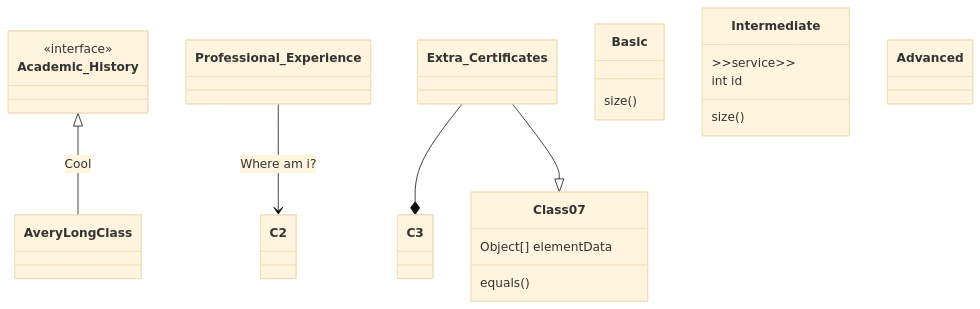
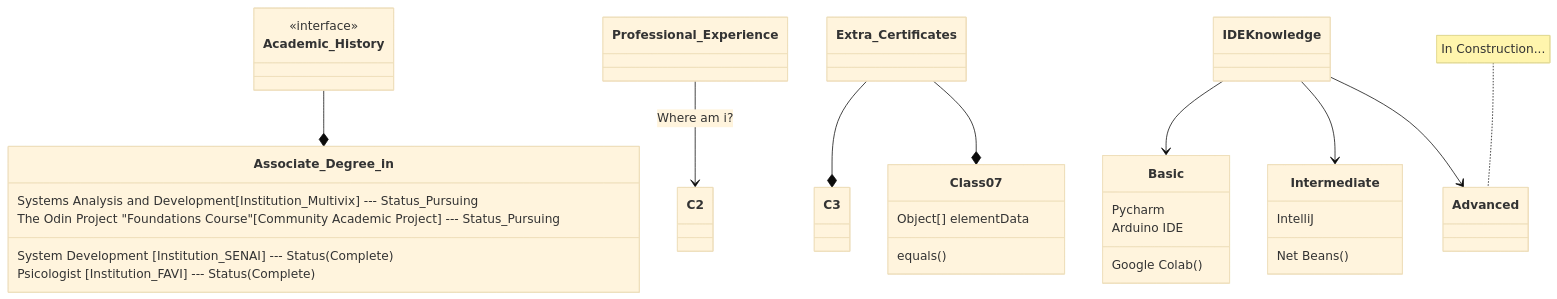
Before and after one commit to Breno-M-G/see-my-resume: the first of 2 diagrams in README.md, drawn with Mermaid (base theme).

Commit message:
Implementação_IDEKNOWLEDGE

````diff
--- a/README.md
+++ b/README.md
@@ -5,20 +5,36 @@
 ``` mermaid
 classDiagram
-Academic_History <|-- AveryLongClass : Cool
+
+Academic_History --* Associate_Degree_in
+Associate_Degree_in : Systems Analysis and Development[Institution_Multivix] --- Status_Pursuing
+Associate_Degree_in : The Odin Project "Foundations Course"[Community Academic Project] --- Status_Pursuing
+Associate_Degree_in : System Development [Institution_SENAI] --- Status(Complete)
+Associate_Degree_in : Psicologist [Institution_FAVI] --- Status(Complete)
 <<interface>> Academic_History
 Professional_Experience--> C2 : Where am i?
+
 Extra_Certificates --* C3
-Extra_Certificates --|> Class07
+Extra_Certificates --* Class07
 Class07 : equals()
 Class07 : Object[] elementData
-Basic : size()
+
+IDE Knowledge --> Basic
+IDE Knowledge --> Intermediate
+IDE Knowledge --> Advanced
+
+class Basic {
+    Pycharm
+    Arduino IDE
+    Google Colab()
+}   
 class Intermediate {
-  >>service>>
-  int id
-  size()
+   Net Beans()   
+   IntelliJ 
 }
+note for Advanced "In Construction..."
 class Advanced { 
-
+ 
 }
 
+
 ```
````
